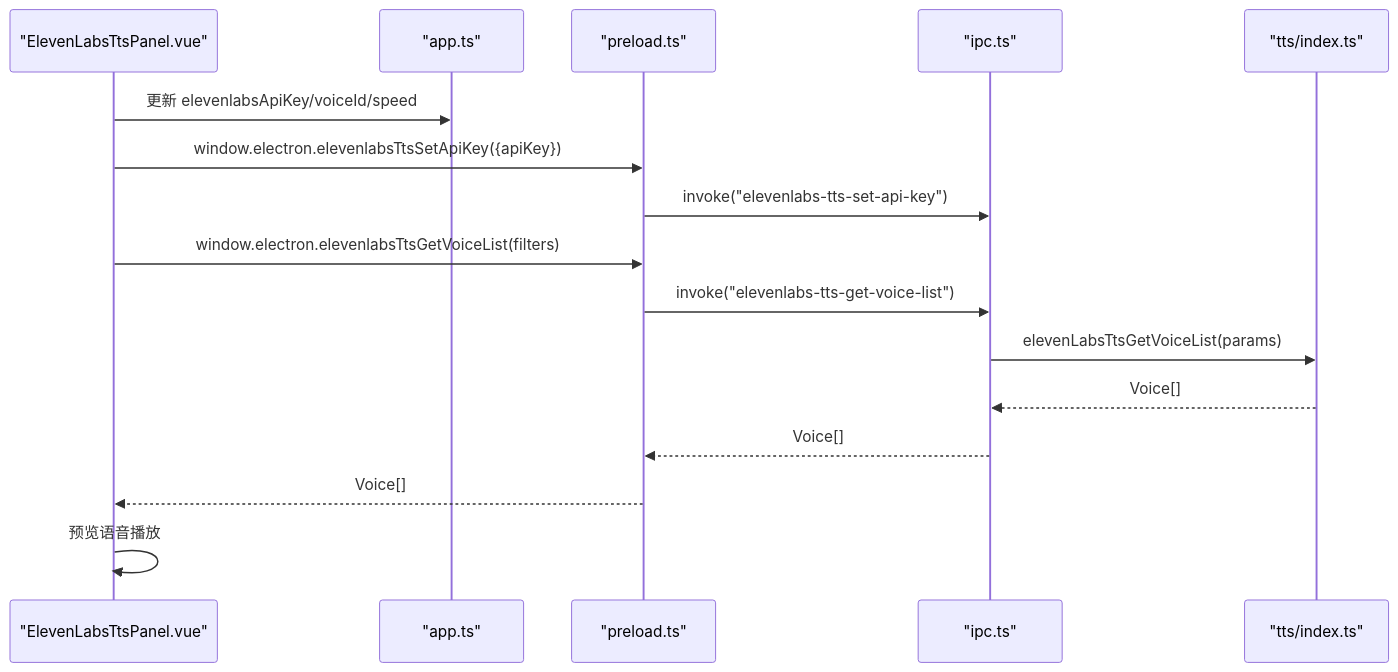
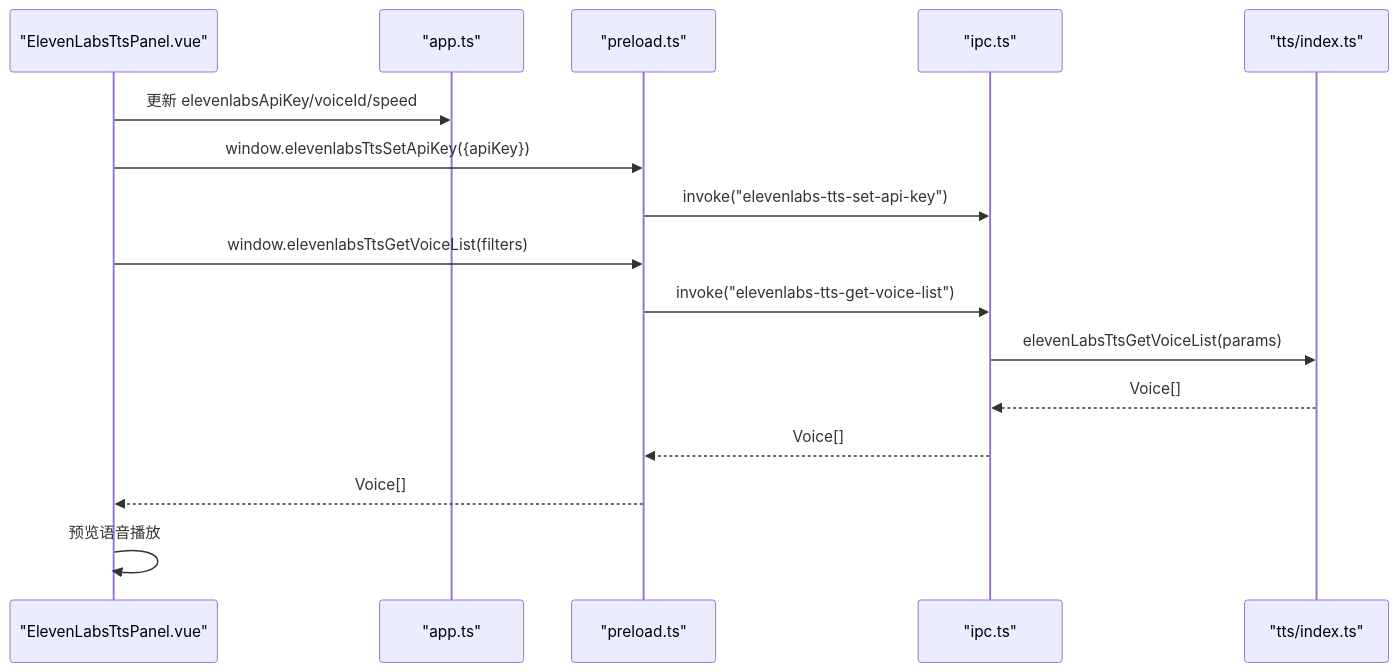
The sixth of 8 diagrams in .qoder/repowiki/zh/content/核心功能模块/语音合成系统.md (torans/crow.video), drawn with Mermaid before and after one commit. The commit also changed other lines of this file and 7 other files, not shown here.

````diff
--- a/.qoder/repowiki/zh/content/核心功能模块/语音合成系统.md
+++ b/.qoder/repowiki/zh/content/核心功能模块/语音合成系统.md
@@ -284,18 +310,18 @@
 ```mermaid
 sequenceDiagram
 participant UI as "ElevenLabsTtsPanel.vue"
 participant Store as "app.ts"
 participant Preload as "preload.ts"
 participant IPC as "ipc.ts"
 participant TTS as "tts/index.ts"
 UI->>Store : 更新 elevenlabsApiKey/voiceId/speed
-UI->>Preload : window.electron.elevenlabsTtsSetApiKey({apiKey})
+UI->>Preload : window.elevenlabsTtsSetApiKey({apiKey})
 Preload->>IPC : invoke("elevenlabs-tts-set-api-key")
-UI->>Preload : window.electron.elevenlabsTtsGetVoiceList(filters)
+UI->>Preload : window.elevenlabsTtsGetVoiceList(filters)
 Preload->>IPC : invoke("elevenlabs-tts-get-voice-list")
 IPC->>TTS : elevenLabsTtsGetVoiceList(params)
 TTS-->>IPC : Voice[]
 IPC-->>Preload : Voice[]
 Preload-->>UI : Voice[]
 UI->>UI : 预览语音播放
 ```
````
